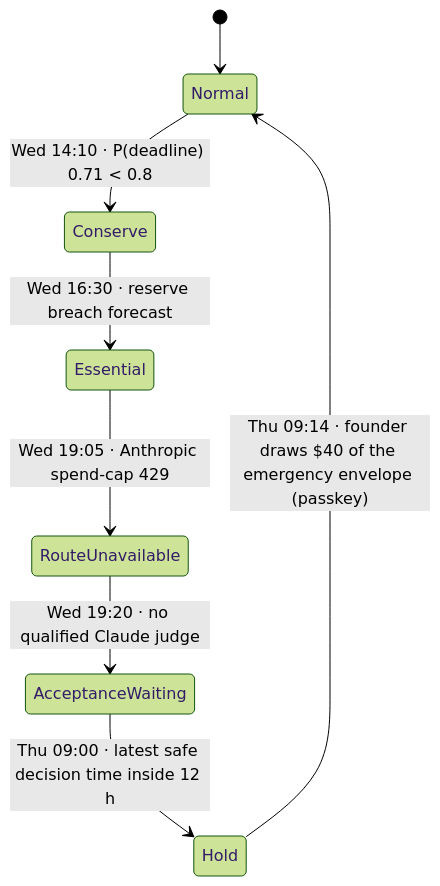
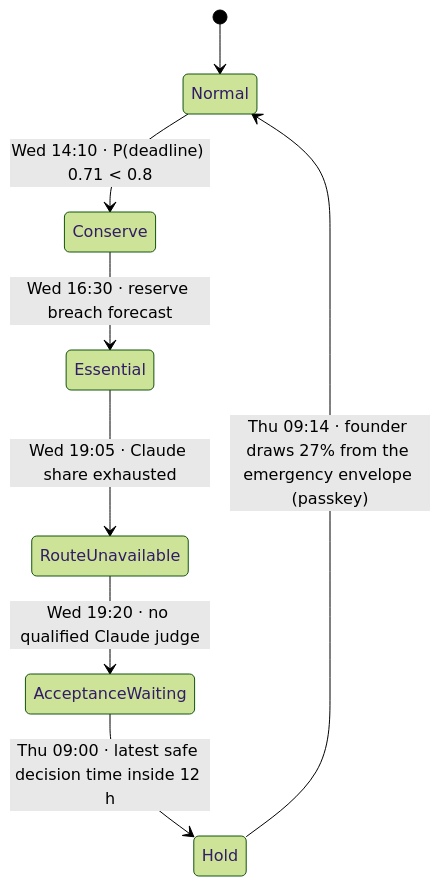
The sixth of 10 diagrams in docs/vision-v3/13-WORKED-SCENARIOS.md (Adam077K/agentvibe), drawn with Mermaid (forest theme) before and after one commit. The commit also changed other lines of this file and 13 other files, not shown here.

````diff
--- a/docs/vision-v3/13-WORKED-SCENARIOS.md
+++ b/docs/vision-v3/13-WORKED-SCENARIOS.md
@@ -959,10 +960,10 @@
 ```mermaid
 stateDiagram-v2
   [*] --> Normal
   Normal --> Conserve: Wed 14:10 · P(deadline) 0.71 < 0.8
   Conserve --> Essential: Wed 16:30 · reserve breach forecast
-  Essential --> RouteUnavailable: Wed 19:05 · Anthropic spend-cap 429
+  Essential --> RouteUnavailable: Wed 19:05 · Claude share exhausted
   RouteUnavailable --> AcceptanceWaiting: Wed 19:20 · no qualified Claude judge
   AcceptanceWaiting --> Hold: Thu 09:00 · latest safe decision time inside 12 h
-  Hold --> Normal: Thu 09:14 · founder draws $40 of the emergency envelope (passkey)
+  Hold --> Normal: Thu 09:14 · founder draws 27% from the emergency envelope (passkey)
 ```
````
